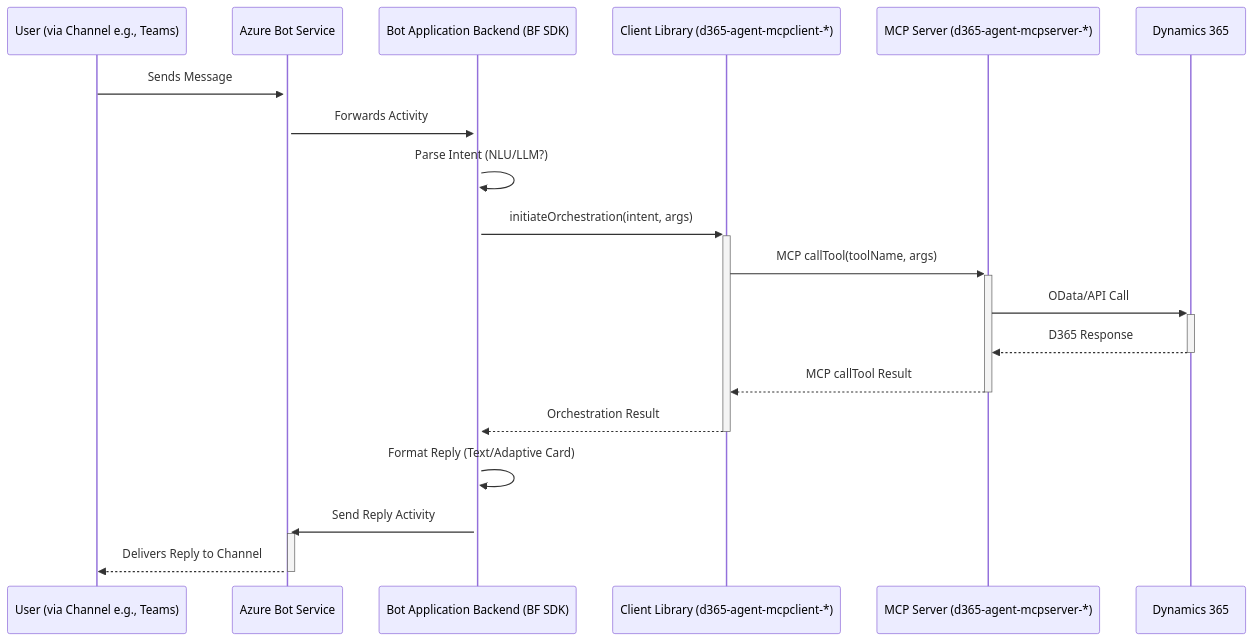
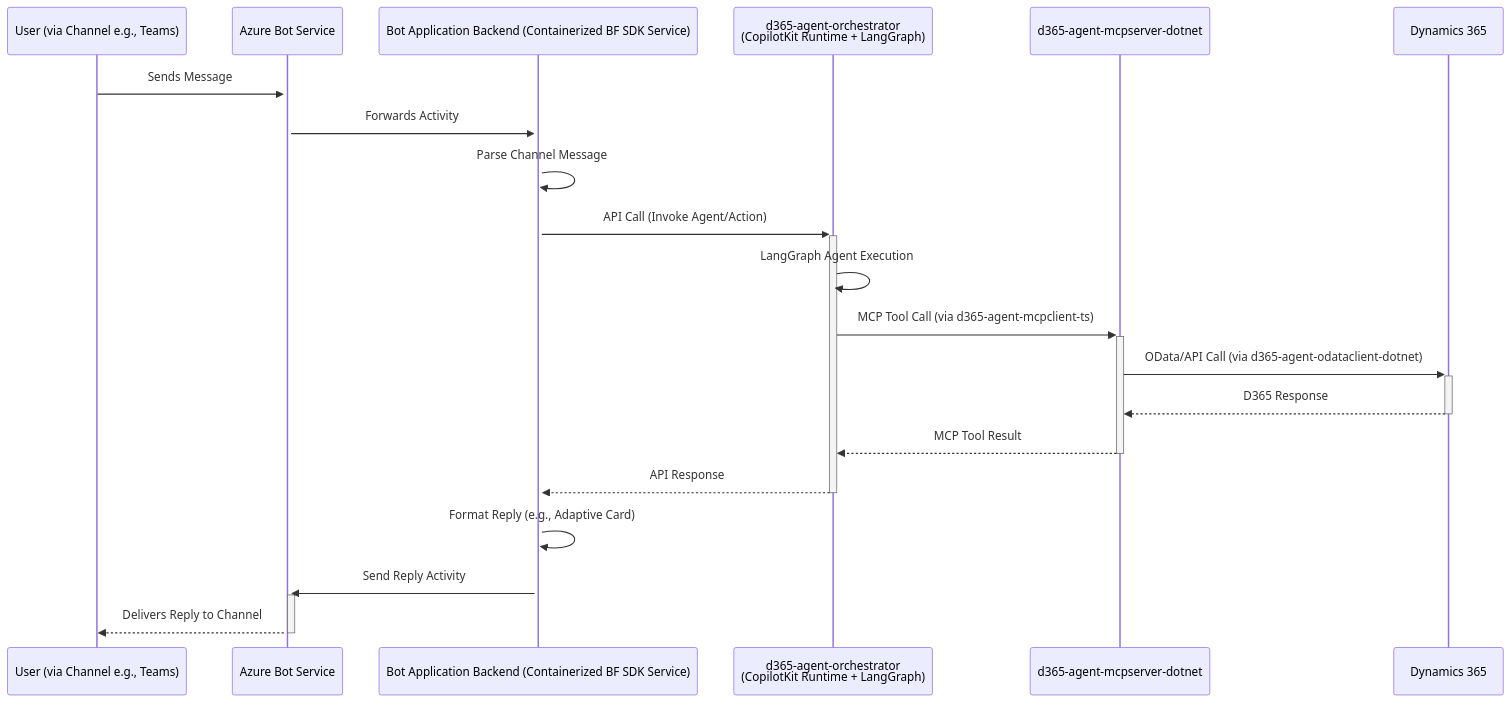
The diagram in docs/integrations/bot-framework.md (ntrtd/d365-agent), drawn with Mermaid before and after one commit. The commit also changed other lines of this file and 20 other files, not shown here.

First line of the commit message:
docs: Align implementation plan & docs with new architecture

````diff
--- a/docs/integrations/bot-framework.md
+++ b/docs/integrations/bot-framework.md
@@ -34,22 +43,23 @@
 ```mermaid
 sequenceDiagram
     participant User as User (via Channel e.g., Teams)
     participant AzBotSvc as Azure Bot Service
-    participant BotBE as Bot Application Backend (BF SDK)
-    participant CL as Client Library (d365-agent-mcpclient-*)
-    participant MCPS as MCP Server (d365-agent-mcpserver-*)
+    participant BotBE as Bot Application Backend (Containerized BF SDK Service)
+    participant Orchestrator as d365-agent-orchestrator <br/> (CopilotKit Runtime + LangGraph)
+    participant D365MCPServer as d365-agent-mcpserver-dotnet
     participant D365 as Dynamics 365
 
     User->>+AzBotSvc: Sends Message
     AzBotSvc->>+BotBE: Forwards Activity
-    BotBE->>BotBE: Parse Intent (NLU/LLM?)
-    BotBE->>+CL: initiateOrchestration(intent, args)
-    CL->>+MCPS: MCP callTool(toolName, args)
-    MCPS->>+D365: OData/API Call
-    D365-->>-MCPS: D365 Response
-    MCPS-->>-CL: MCP callTool Result
-    CL-->>-BotBE: Orchestration Result
-    BotBE->>BotBE: Format Reply (Text/Adaptive Card)
+    BotBE->>BotBE: Parse Channel Message
+    BotBE->>+Orchestrator: API Call (Invoke Agent/Action)
+    Orchestrator->>Orchestrator: LangGraph Agent Execution
+    Orchestrator->>+D365MCPServer: MCP Tool Call (via d365-agent-mcpclient-ts)
+    D365MCPServer->>+D365: OData/API Call (via d365-agent-odataclient-dotnet)
+    D365-->>-D365MCPServer: D365 Response
+    D365MCPServer-->>-Orchestrator: MCP Tool Result
+    Orchestrator-->>-BotBE: API Response
+    BotBE->>BotBE: Format Reply (e.g., Adaptive Card)
     BotBE->>+AzBotSvc: Send Reply Activity
     AzBotSvc-->>-User: Delivers Reply to Channel
 ```
````
